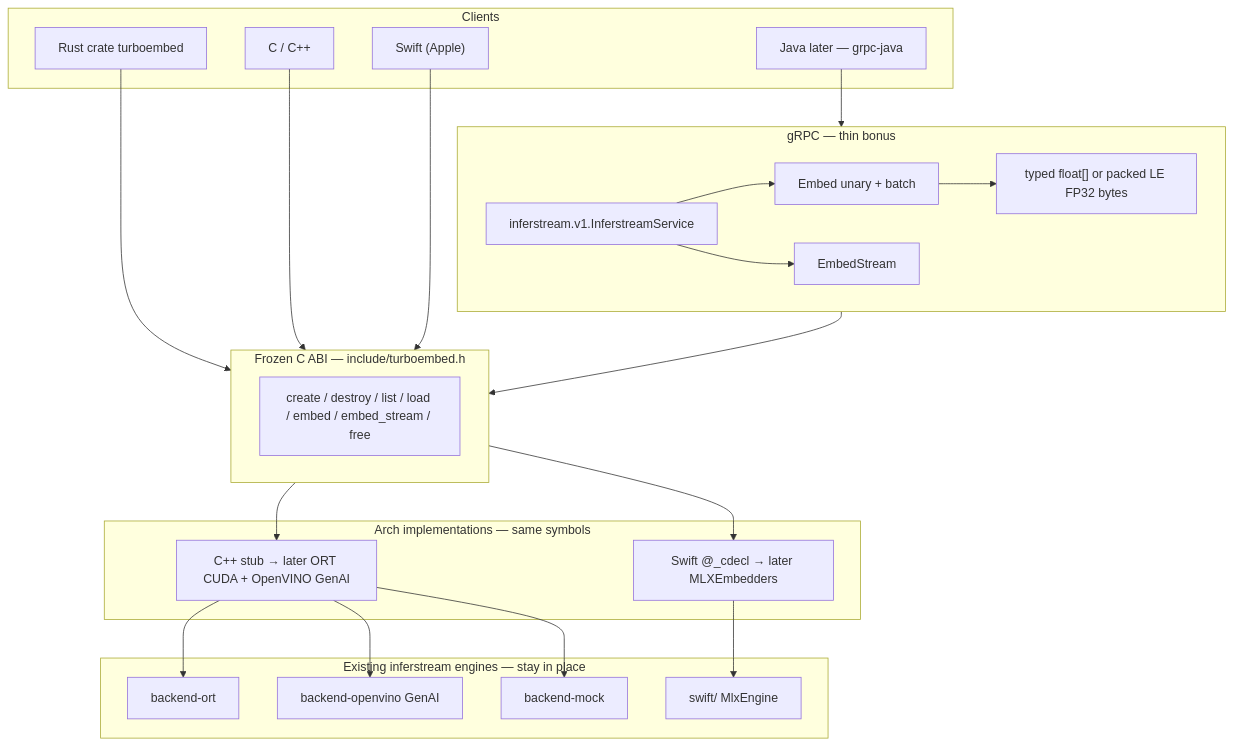
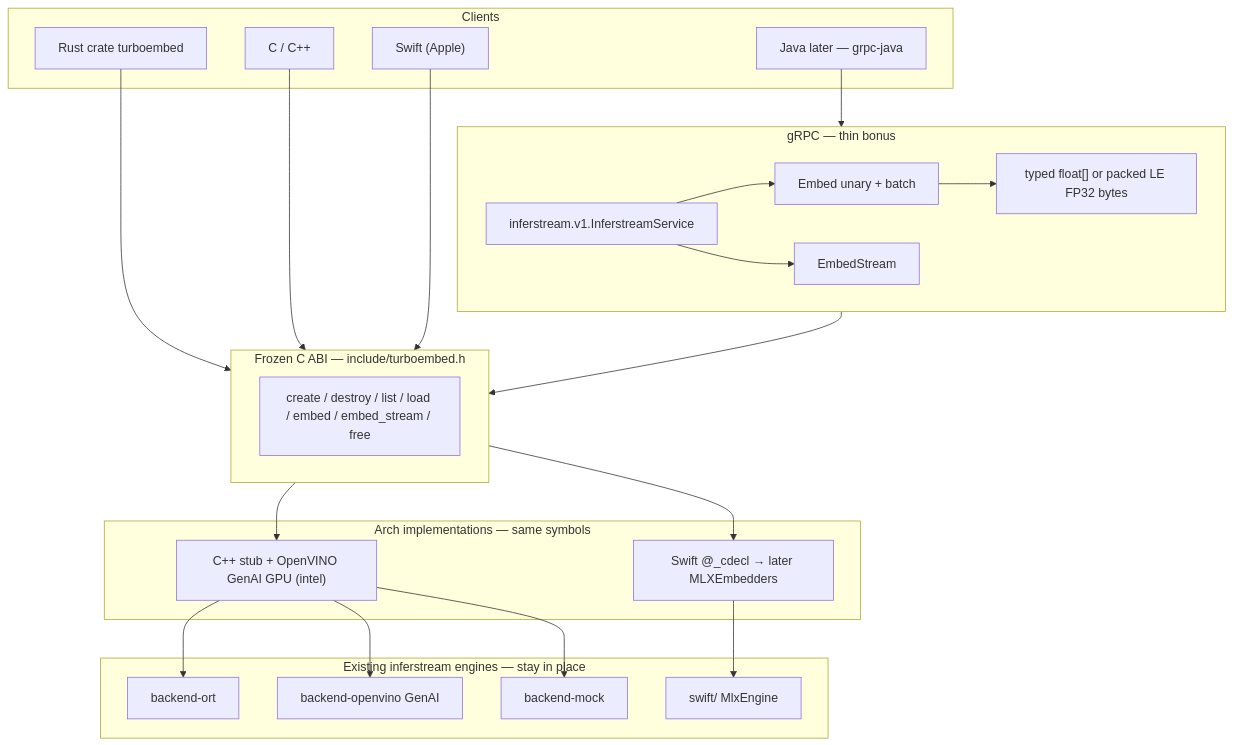
The diagram in docs/turboembed-architecture.md (ai-pipestream/turboembed), drawn with Mermaid before and after one commit. The commit also changed other lines of this file and 12 other files, not shown here.

First line of the commit message:
feat: wire OpenVINO GenAI TextEmbeddingPipeline on GPU behind turboembed.h

````diff
--- a/docs/turboembed-architecture.md
+++ b/docs/turboembed-architecture.md
@@ -15,47 +15,47 @@
 ```mermaid
 flowchart TB
     subgraph clients [Clients]
         Rust["Rust crate turboembed"]
         C["C / C++"]
         Swift["Swift (Apple)"]
         Java["Java later — grpc-java"]
     end
 
     subgraph grpc [gRPC — thin bonus]
         Ext["inferstream.v1.InferstreamService"]
         Embed["Embed unary + batch"]
         Stream["EmbedStream"]
         Packed["typed float[] or packed LE FP32 bytes"]
     end
 
     subgraph abi [Frozen C ABI — include/turboembed.h]
         H["create / destroy / list / load / embed / embed_stream / free"]
     end
 
     subgraph impl [Arch implementations — same symbols]
-        Cpp["C++ stub → later ORT CUDA + OpenVINO GenAI"]
+        Cpp["C++ stub + OpenVINO GenAI GPU (intel)"]
         Mlx["Swift @_cdecl → later MLXEmbedders"]
     end
 
     subgraph engines [Existing inferstream engines — stay in place]
         ORT["backend-ort"]
         GenAI["backend-openvino GenAI"]
         Apple["swift/ MlxEngine"]
         Mock["backend-mock"]
     end
 
     Rust --> abi
     C --> abi
     Swift --> abi
     Java --> grpc
     grpc --> abi
     Ext --> Embed
     Ext --> Stream
     Embed --> Packed
     abi --> Cpp
     abi --> Mlx
     Cpp --> ORT
     Cpp --> GenAI
     Cpp --> Mock
     Mlx --> Apple
 ```
````
